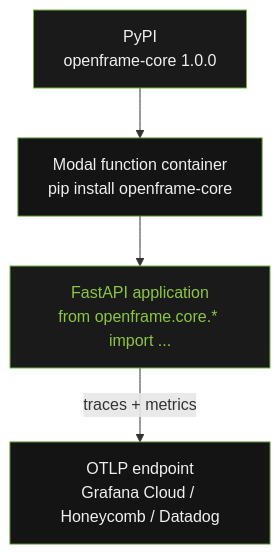
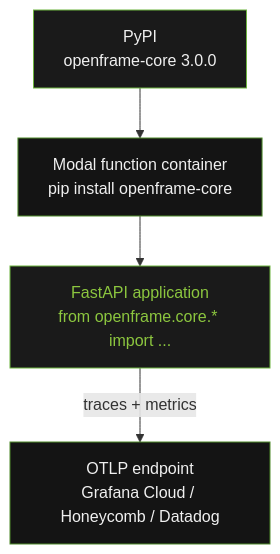
One commit to Furious-Meteors/openframe-core changed the third of 3 diagrams in docs/technical/architecture/system-architecture.md. Above: the diagram before and after it, drawn with Mermaid. The commit also changed other lines of this file and 94 other files, not shown here.

````diff
--- a/docs/technical/architecture/system-architecture.md
+++ b/docs/technical/architecture/system-architecture.md
@@ -85,16 +144,16 @@
 ```mermaid
 flowchart TD
-    PyPI["PyPI\nopenframe-core 1.0.0"]
+    PyPI["PyPI\nopenframe-core 3.0.0"]
     Container["Modal function container\npip install openframe-core"]
     App["FastAPI application\nfrom openframe.core.* import ..."]
     OTel["OTLP endpoint\nGrafana Cloud / Honeycomb / Datadog"]
 
     PyPI --> Container
     Container --> App
     App -->|traces + metrics| OTel
 
     style PyPI fill:#1a1a1a,color:#F0F0F0,stroke:#6DB33F
     style Container fill:#141414,color:#F0F0F0,stroke:#4E8A2A
     style App fill:#1a1a1a,color:#8CC63F,stroke:#6DB33F
     style OTel fill:#141414,color:#F0F0F0,stroke:#4E8A2A
 ```
````
